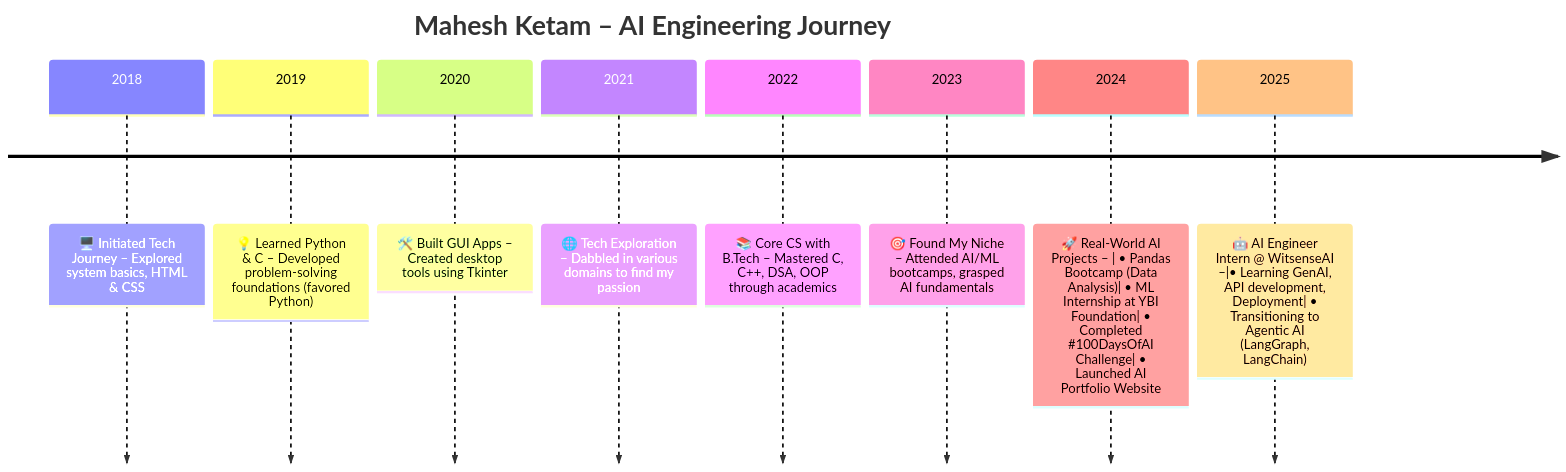
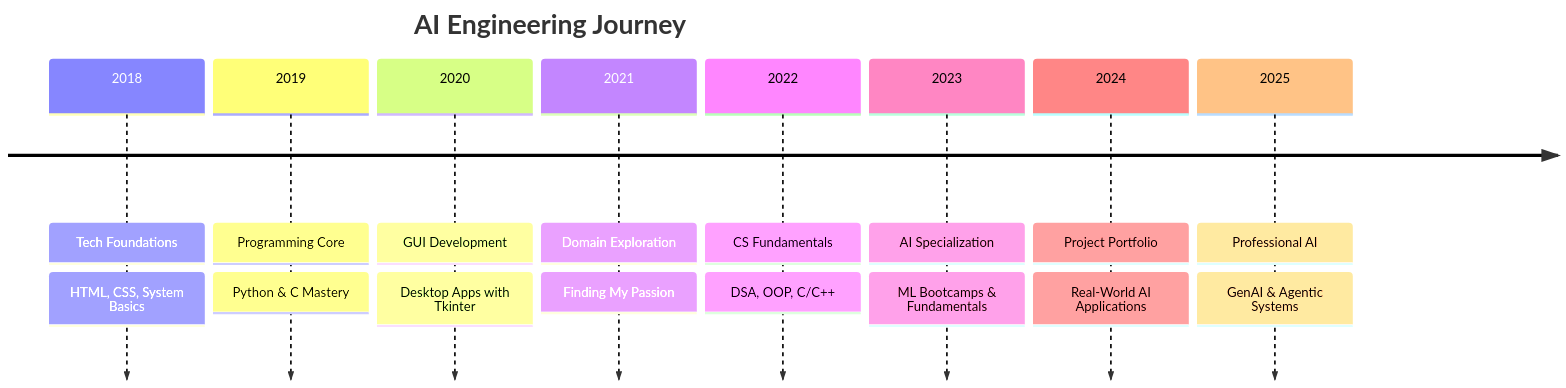
One commit to Nirikshan95/Nirikshan95 changed the diagram in README.md. Above: the diagram before and after it, drawn with Mermaid. The commit also changed other lines of this file, not shown here.

````diff
--- a/README.md
+++ b/README.md
@@ -82,13 +80,20 @@
 ```mermaid
 timeline
-    title Mahesh Ketam – AI Engineering Journey
-
-    2018 : 🖥️ Initiated Tech Journey – Explored system basics, HTML & CSS
-    2019 : 💡 Learned Python & C – Developed problem-solving foundations (favored Python)
-    2020 : 🛠️ Built GUI Apps – Created desktop tools using Tkinter
-    2021 : 🌐 Tech Exploration – Dabbled in various domains to find my passion
-    2022 : 📚 Core CS with B.Tech – Mastered C, C++, DSA, OOP through academics
-    2023 : 🎯 Found My Niche – Attended AI/ML bootcamps, grasped AI fundamentals
-    2024 : 🚀 Real-World AI Projects – | • Pandas Bootcamp (Data Analysis)| • ML Internship at YBI Foundation| • Completed #100DaysOfAI Challenge| • Launched AI Portfolio Website
-    2025 : 🤖 AI Engineer Intern @ WitsenseAI –|• Learning GenAI, API development, Deployment| • Transitioning to Agentic AI (LangGraph, LangChain)
+    title AI Engineering Journey
+    2018 :  Tech Foundations
+         : HTML, CSS, System Basics
+    2019 :  Programming Core
+         : Python & C Mastery
+    2020 :  GUI Development
+         : Desktop Apps with Tkinter
+    2021 :  Domain Exploration
+         : Finding My Passion
+    2022 :  CS Fundamentals
+         : DSA, OOP, C/C++
+    2023 :  AI Specialization
+         : ML Bootcamps & Fundamentals
+    2024 :  Project Portfolio
+         : Real-World AI Applications
+    2025 :  Professional AI
+         : GenAI & Agentic Systems
 ```
````
